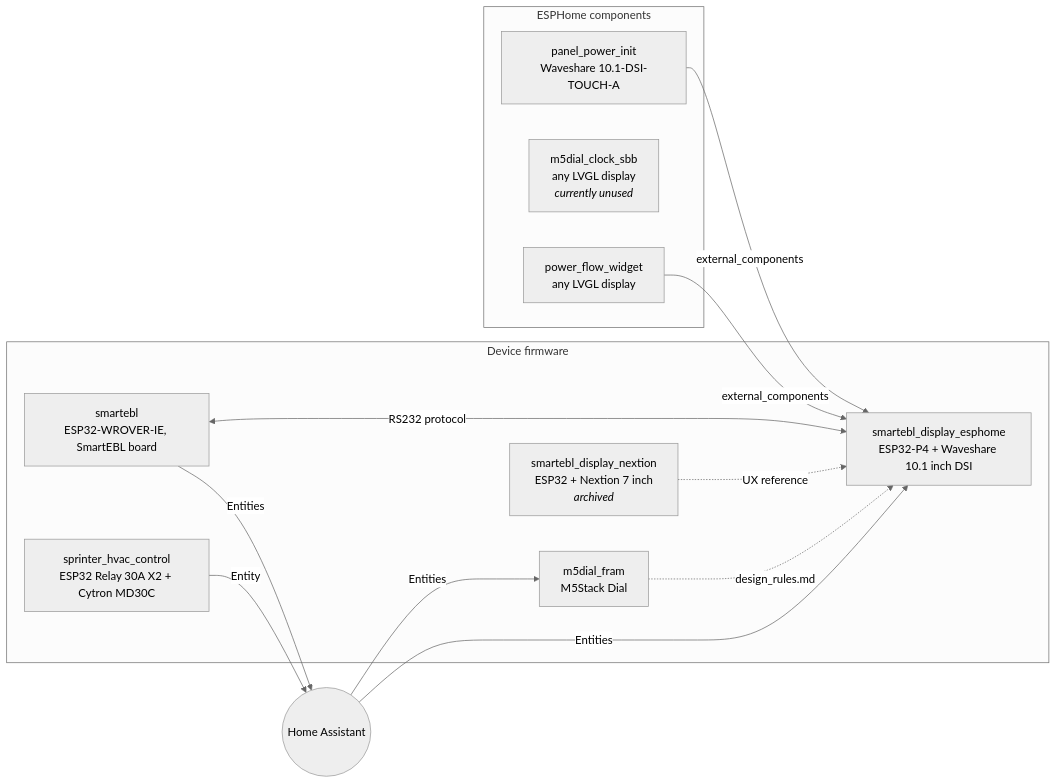
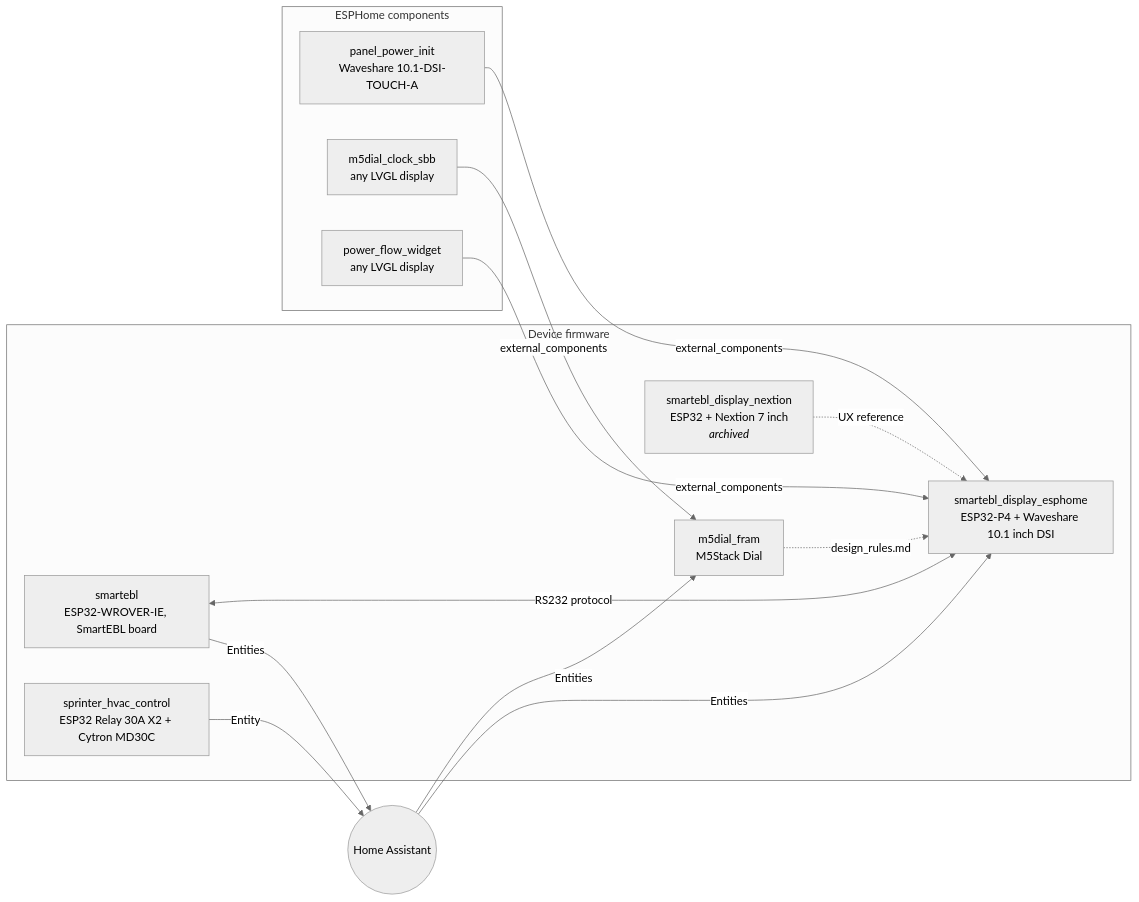
One commit to CzarofAK/CzarofAK changed the diagram in README.md. Above: the diagram before and after it, drawn with Mermaid (neutral theme). The commit also changed other lines of this file, not shown here.

Commit message:
Update README with component usage and status

````diff
--- a/README.md
+++ b/README.md
@@ -10,29 +10,30 @@
 ```mermaid
 flowchart LR
   subgraph DEV["Device firmware"]
     EBL["smartebl<br/>ESP32-WROVER-IE, SmartEBL board"]
     DSP["smartebl_display_esphome<br/>ESP32-P4 + Waveshare 10.1 inch DSI"]
     DIAL["m5dial_fram<br/>M5Stack Dial"]
     HVAC["sprinter_hvac_control<br/>ESP32 Relay 30A X2 + Cytron MD30C"]
     OLD["smartebl_display_nextion<br/>ESP32 + Nextion 7 inch<br/><i>archived</i>"]
   end
 
   subgraph COMP["ESPHome components"]
     PPI["panel_power_init<br/>Waveshare 10.1-DSI-TOUCH-A"]
-    SBB["m5dial_clock_sbb<br/>any LVGL display<br/><i>currently unused</i>"]
+    SBB["m5dial_clock_sbb<br/>any LVGL display"]
     PFW["power_flow_widget<br/>any LVGL display"]
   end
 
   HA(("Home Assistant"))
 
   EBL <-->|RS232 protocol| DSP
   PPI -->|external_components| DSP
   PFW -->|external_components| DSP
+  SBB -->|external_components| DIAL
   DIAL -.->|design_rules.md| DSP
   OLD -.->|UX reference| DSP
 
   HVAC -->|Entity| HA
   EBL -->|Entities| HA
   HA -->|Entities| DIAL
   HA -->|Entities| DSP
 ```
````
